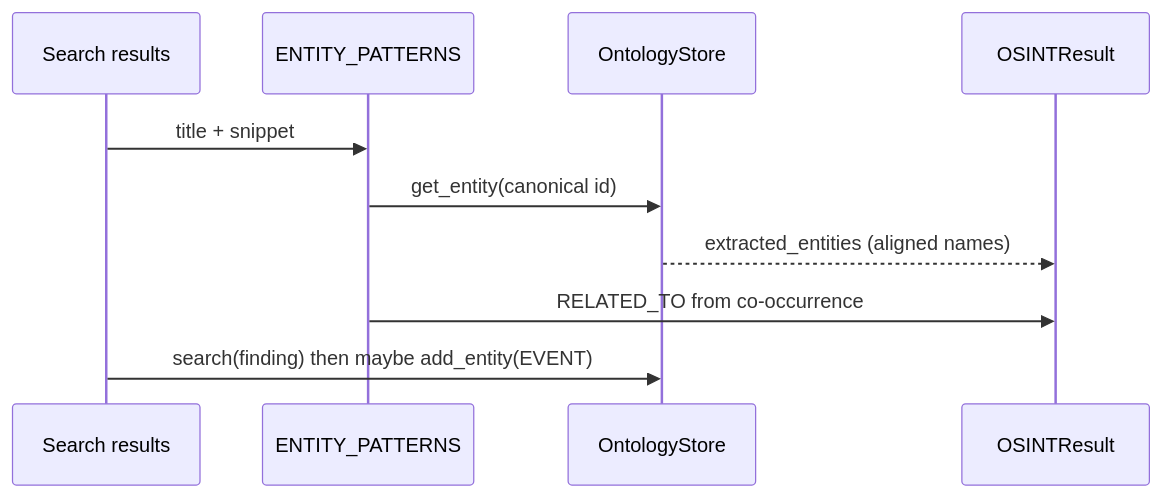
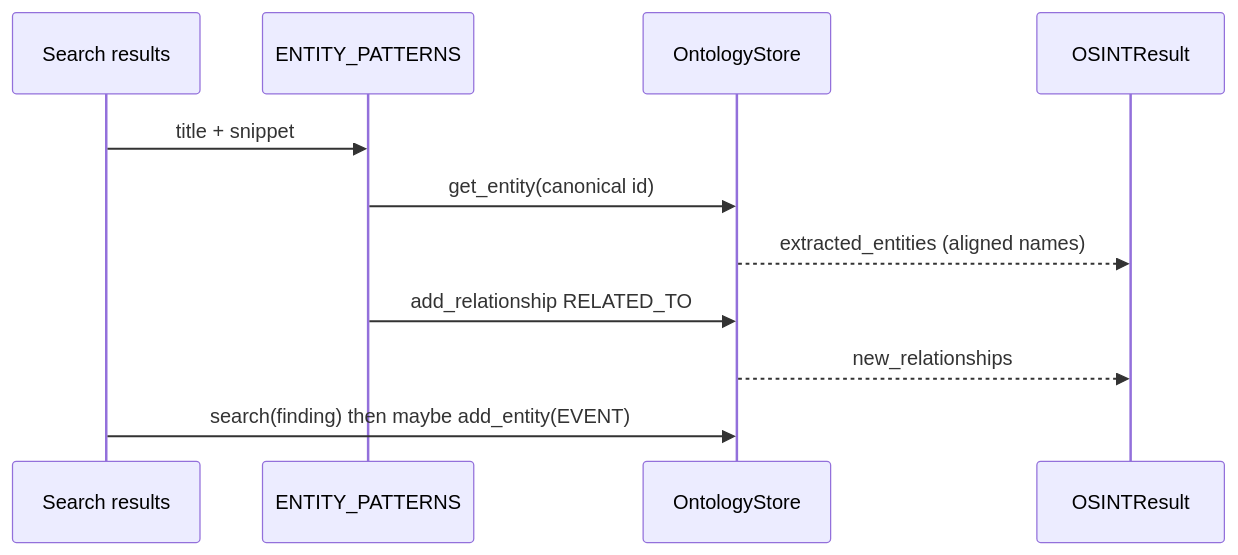
Before and after one commit to fanqingsong/palantir-ontology-agents: the fifth of 9 diagrams in README.md, drawn with Mermaid. The commit also changed other lines of this file and 40 other files, not shown here.

````diff
--- a/README.md
+++ b/README.md
@@ -152,13 +154,14 @@
 ```mermaid
 sequenceDiagram
   participant Web as Search results
   participant Pat as ENTITY_PATTERNS
   participant Store as OntologyStore
   participant Out as OSINTResult
 
   Web->>Pat: title + snippet
   Pat->>Store: get_entity(canonical id)
   Store-->>Out: extracted_entities (aligned names)
-  Pat->>Out: RELATED_TO from co-occurrence
+  Pat->>Store: add_relationship RELATED_TO
+  Store-->>Out: new_relationships
   Web->>Store: search(finding) then maybe add_entity(EVENT)
 ```
````
